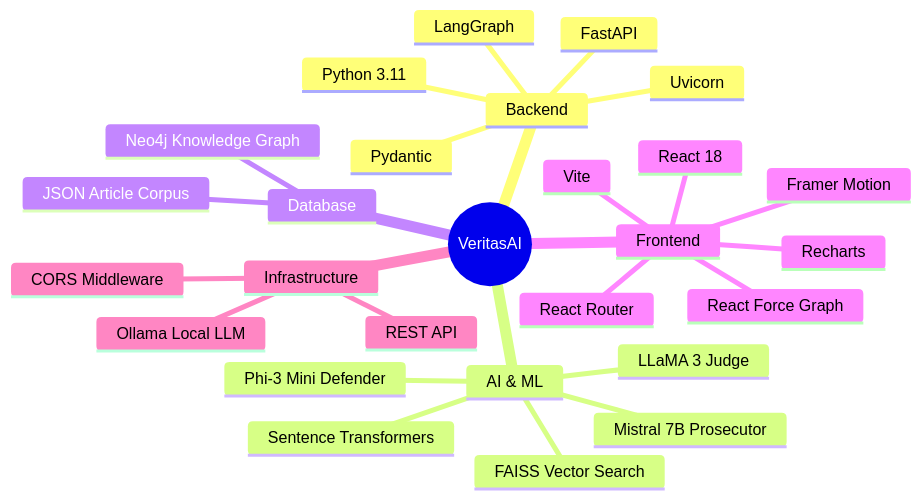
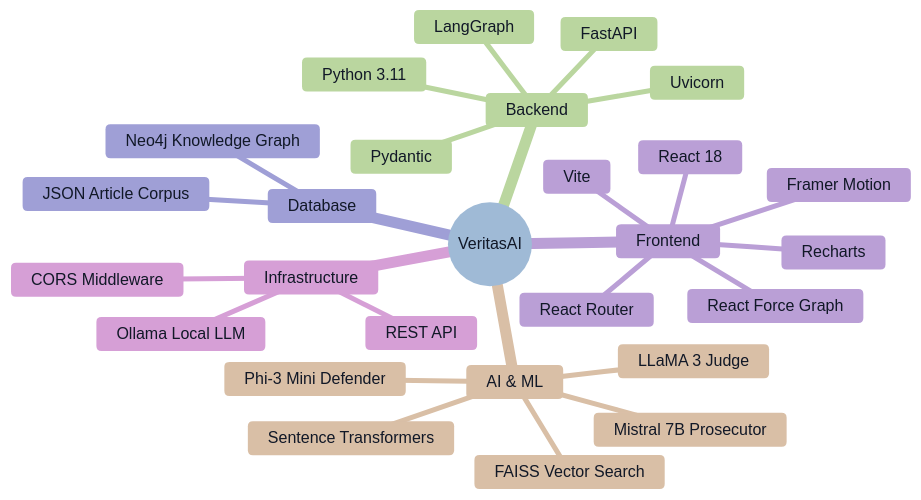
Before and after one commit to Sandarsh18/VeritasAI: the sixth of 7 diagrams in README.md, drawn with Mermaid. The commit also changed other lines of this file, not shown here.

Commit message:
📝 Improve README mermaid readability and structure

````diff
--- a/README.md
+++ b/README.md
@@ -250,30 +253,31 @@
 ```mermaid
+%%{init: {'theme': 'base', 'themeVariables': { 'primaryTextColor': '#111827', 'primaryColor': '#F8FAFC', 'lineColor': '#475569', 'fontFamily': 'Arial' }}}%%
 mindmap
   root((VeritasAI))
     Backend
       Python 3.11
       FastAPI
       LangGraph
       Uvicorn
       Pydantic
     AI & ML
       LLaMA 3 Judge
       Mistral 7B Prosecutor
       Phi-3 Mini Defender
       Sentence Transformers
       FAISS Vector Search
     Database
       Neo4j Knowledge Graph
       JSON Article Corpus
     Frontend
       React 18
       Vite
       Framer Motion
       Recharts
       React Force Graph
       React Router
     Infrastructure
       Ollama Local LLM
       REST API
       CORS Middleware
 ```
````
